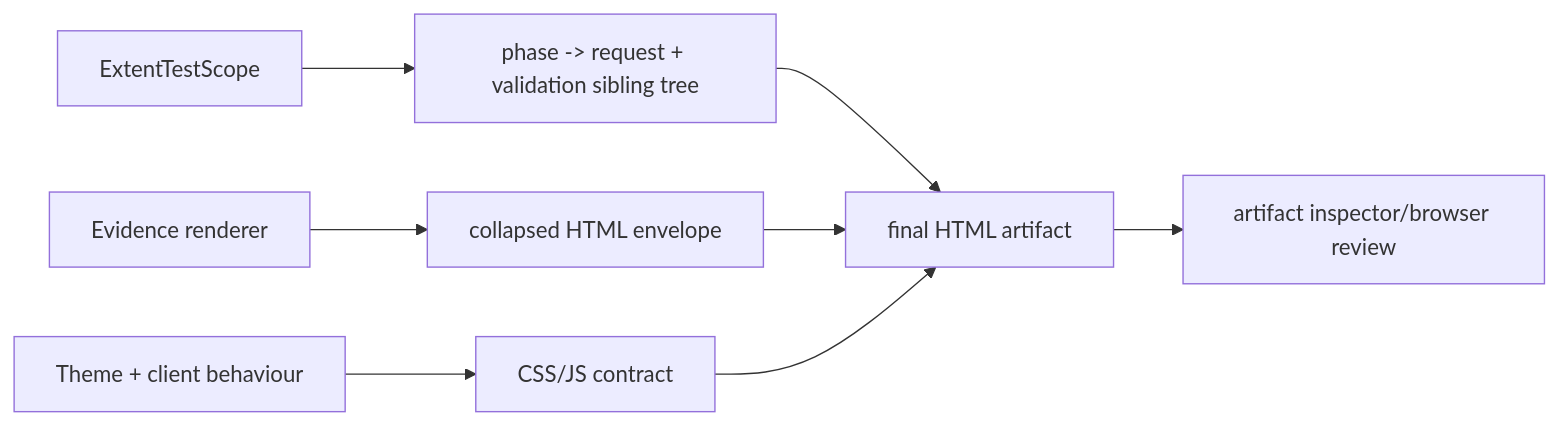
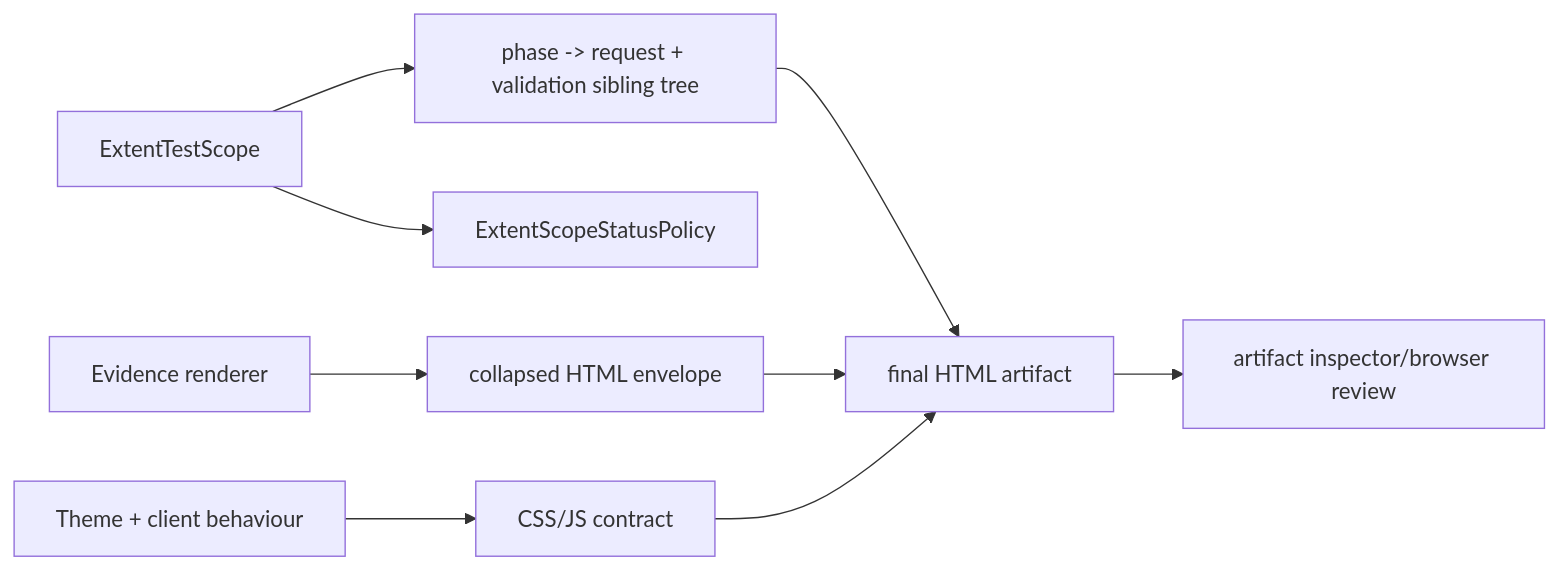
The first of 2 diagrams in Atf.Tests/Atf.Reporting.Extent.Tests/README.md (crististefanita/CS1), drawn with Mermaid before and after one commit. The commit also changed other lines of this file and 210 other files, not shown here.

````diff
--- a/Atf.Tests/Atf.Reporting.Extent.Tests/README.md
+++ b/Atf.Tests/Atf.Reporting.Extent.Tests/README.md
@@ -6,10 +16,11 @@
 ```mermaid
 flowchart LR
     Scope[ExtentTestScope] --> Tree[phase -> request + validation sibling tree]
+    Scope --> Status[ExtentScopeStatusPolicy]
     Renderer[Evidence renderer] --> Envelope[collapsed HTML envelope]
     Theme[Theme + client behaviour] --> Layout[CSS/JS contract]
     Tree --> Artifact[final HTML artifact]
     Envelope --> Artifact
     Layout --> Artifact
     Artifact --> Inspector[artifact inspector/browser review]
 ```
````
